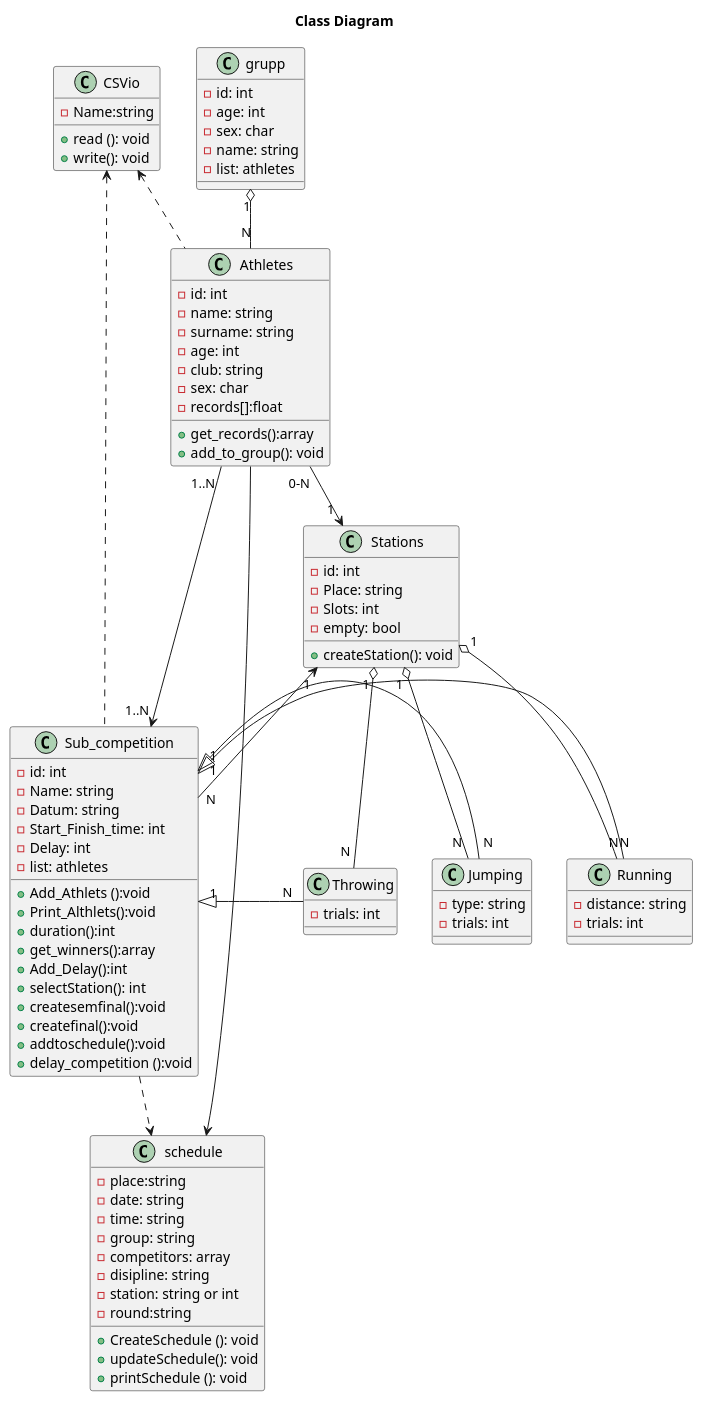
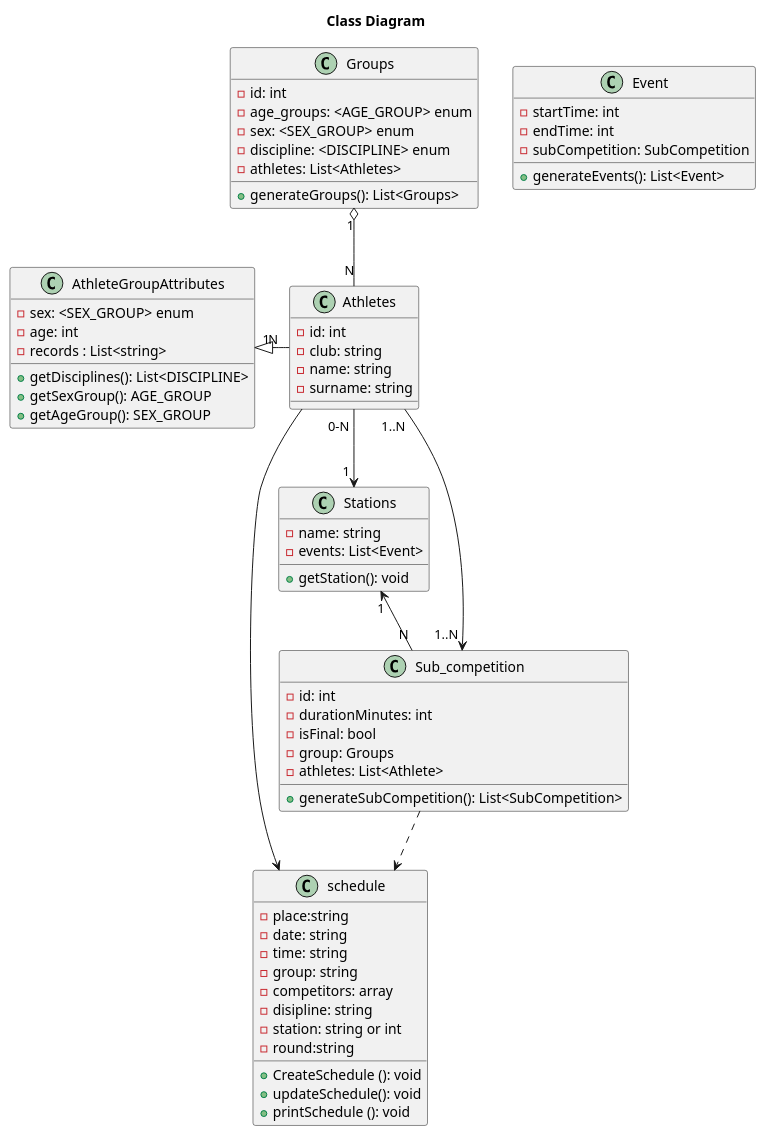
Before and after one commit to ITerm0rex/Scheduling_Application_VT22: the diagram in diagrams/class_diagram.pu, drawn with PlantUML. The commit also changed other lines of this file and 3 other files, not shown here.

Commit message:
Added generateEvents method; Added Event class; Improved Stations class; Updated class_diagram.pu

```diff
--- a/diagrams/class_diagram.pu
+++ b/diagrams/class_diagram.pu
@@ -1,117 +1,86 @@
 @startuml Class Diagram
 title Class Diagram
 
-class CSVio
-{
-	-Name:string
-	
-	+read (): void
-	+write(): void
-	
-}
 
 ' interface schedule
 class schedule
 {
 	-place:string
 	-date: string
 	-time: string
 	-group: string
 	-competitors: array
 	-disipline: string
 	-station: string or int
-	-round:string 
+	-round:string
 	+CreateSchedule (): void
 	+updateSchedule(): void
 	+printSchedule (): void
 }
 
 class Stations
 {
-	-id: int
-	-Place: string
-	-Slots: int
-	-empty: bool
-	+createStation(): void
+	-name: string
+	-events: List<Event>
+	+getStation(): void
 }
 
-class grupp
+class Groups
 {
 	-id: int
+	-age_groups: <AGE_GROUP> enum
+	-sex: <SEX_GROUP> enum
+	-discipline: <DISCIPLINE> enum
+	-athletes: List<Athletes>
+	+generateGroups(): List<Groups>
+}
+
+class AthleteGroupAttributes
+{
+	-sex: <SEX_GROUP> enum
 	-age: int
-	-sex: char
-	-name: string
-	-list: athletes
+	-records : List<string>
+	+getDisciplines(): List<DISCIPLINE>
+	+getSexGroup(): AGE_GROUP
+	+getAgeGroup(): SEX_GROUP
+
 }
+
 class Athletes
 {
 	-id: int
+	-club: string
 	-name: string
 	-surname: string
-	-age: int
-	-club: string
-	-sex: char
-	-records[]:float
-
-	+get_records():array
-	+add_to_group(): void
 }
 
+class Event
+{
+	-startTime: int
+	-endTime: int
+	-subCompetition: SubCompetition
+	+generateEvents(): List<Event>
+}
 class Sub_competition
 {
 	-id: int
-	-Name: string
-	-Datum: string
-	-Start_Finish_time: int
-	-Delay: int
-	-list: athletes
+	-durationMinutes: int
+	-isFinal: bool
+	-group: Groups
+	-athletes: List<Athlete>
+	+generateSubCompetition(): List<SubCompetition>
 
-	+Add_Athlets ():void
-	+Print_Althlets():void
-	+duration():int
-	+get_winners():array
-	+Add_Delay():int
-	+selectStation(): int
-	+createsemfinal():void
-	+createfinal():void
-	+addtoschedule():void
-	+delay_competition ():void 
-}
-
-class Running
-{
-	-distance: string
-	-trials: int
-}
-
-class Jumping
-{
-	-type: string
-	-trials: int
-}
-
-class Throwing
-{
-	-trials: int
 }
 
 
-CSVio <-. Athletes
 Athletes " 0-N "--> " 1 " Stations
 Athletes --> schedule
 
 Athletes" 1..N " --> " 1..N " Sub_competition
-CSVio <-. Sub_competition 
 
-Sub_competition " 1 " <|- " N " Running
-Sub_competition " 1 " <|- " N " Jumping
-Sub_competition " 1 " <|- " N " Throwing
-
-Stations " 1 " o-- " N " Running
-Stations " 1 " o-- " N " Jumping
-Stations " 1 " o-- " N " Throwing
+AthleteGroupAttributes "1" <|- " N " Athletes
 
 Sub_competition .-> schedule
 Stations "1" <-- "N" Sub_competition
-grupp "1" o-- "N" Athletes
+Groups "1" o-- "N" Athletes
 @enduml
```
